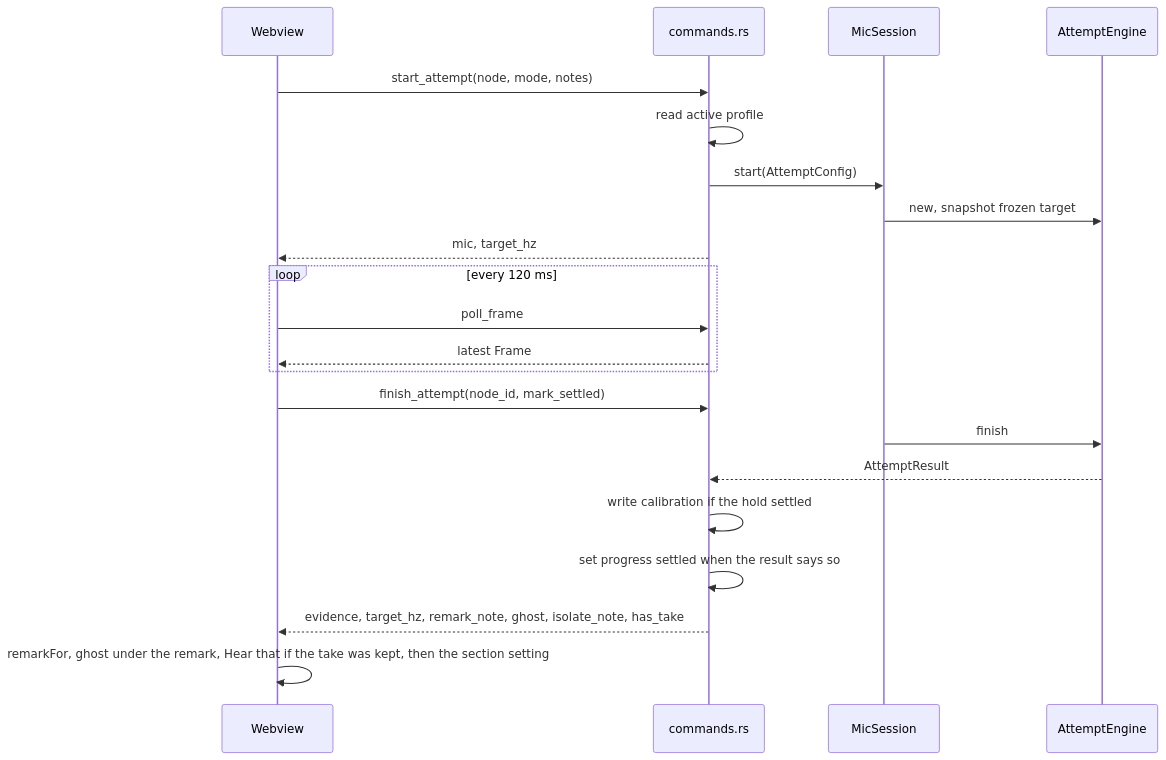
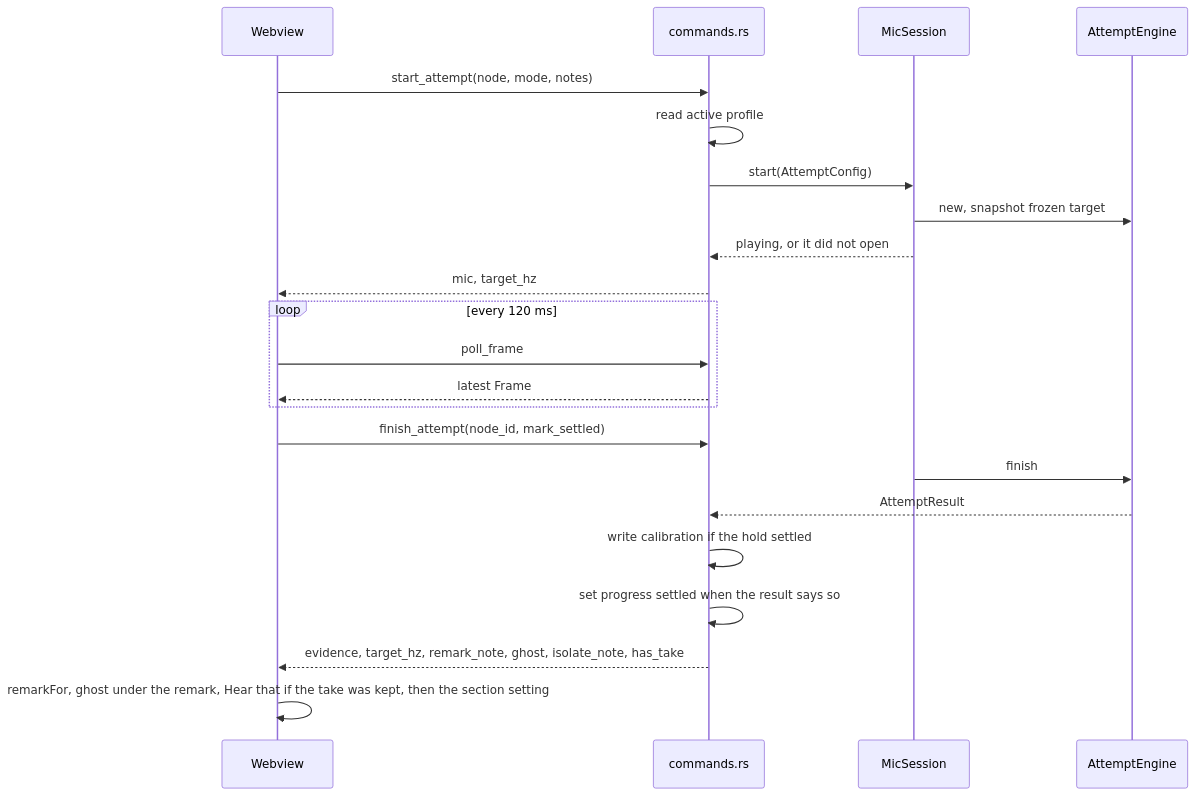
One commit to glen-w/lowDee changed the fifth of 7 diagrams in ARCHITECTURE.md. Above: the diagram before and after it, drawn with Mermaid. The commit also changed other lines of this file and 14 other files, not shown here.

First line of the commit message:
Enhance architecture documentation with new modules and clarify progress tracking.

````diff
--- a/ARCHITECTURE.md
+++ b/ARCHITECTURE.md
@@ -228,24 +248,25 @@
 ```mermaid
 sequenceDiagram
   participant UI as Webview
   participant Cmd as commands.rs
   participant Mic as MicSession
   participant Eng as AttemptEngine
 
   UI->>Cmd: start_attempt(node, mode, notes)
   Cmd->>Cmd: read active profile
   Cmd->>Mic: start(AttemptConfig)
   Mic->>Eng: new, snapshot frozen target
+  Mic-->>Cmd: playing, or it did not open
   Cmd-->>UI: mic, target_hz
   loop every 120 ms
     UI->>Cmd: poll_frame
     Cmd-->>UI: latest Frame
   end
   UI->>Cmd: finish_attempt(node_id, mark_settled)
   Mic->>Eng: finish
   Eng-->>Cmd: AttemptResult
   Cmd->>Cmd: write calibration if the hold settled
   Cmd->>Cmd: set progress settled when the result says so
   Cmd-->>UI: evidence, target_hz, remark_note, ghost, isolate_note, has_take
   UI->>UI: remarkFor, ghost under the remark, Hear that if the take was kept, then the section setting
 ```
````
